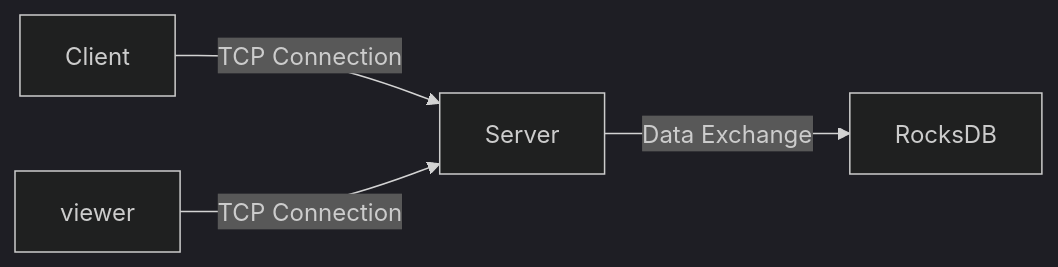
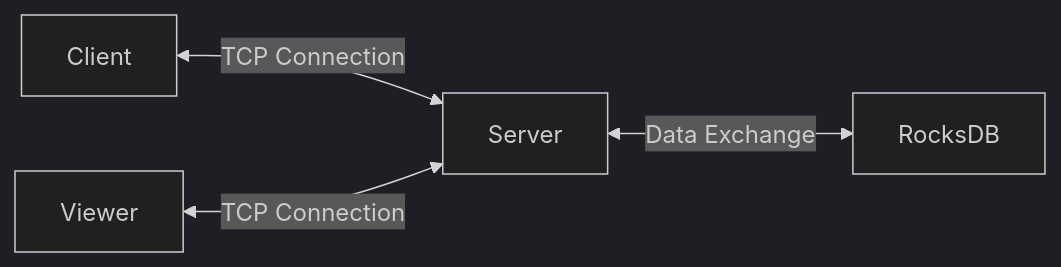
Before and after one commit to s00d/RocksDBFusion: the diagram in docs/docs/README.md, drawn with Mermaid (dark theme). The commit also changed other lines of this file, not shown here.

````diff
--- a/docs/docs/README.md
+++ b/docs/docs/README.md
@@ -37,6 +37,6 @@
 ```mermaid
 graph LR
-    A[Client] -->|TCP Connection| B[Server]
-    B -->|Data Exchange| C[RocksDB]
-    D[viewer] -->|TCP Connection| B
+    A[Client] <-->|TCP Connection| B[Server]
+    B <-->|Data Exchange| C[RocksDB]
+    D[Viewer] <-->|TCP Connection| B
 ```
````
